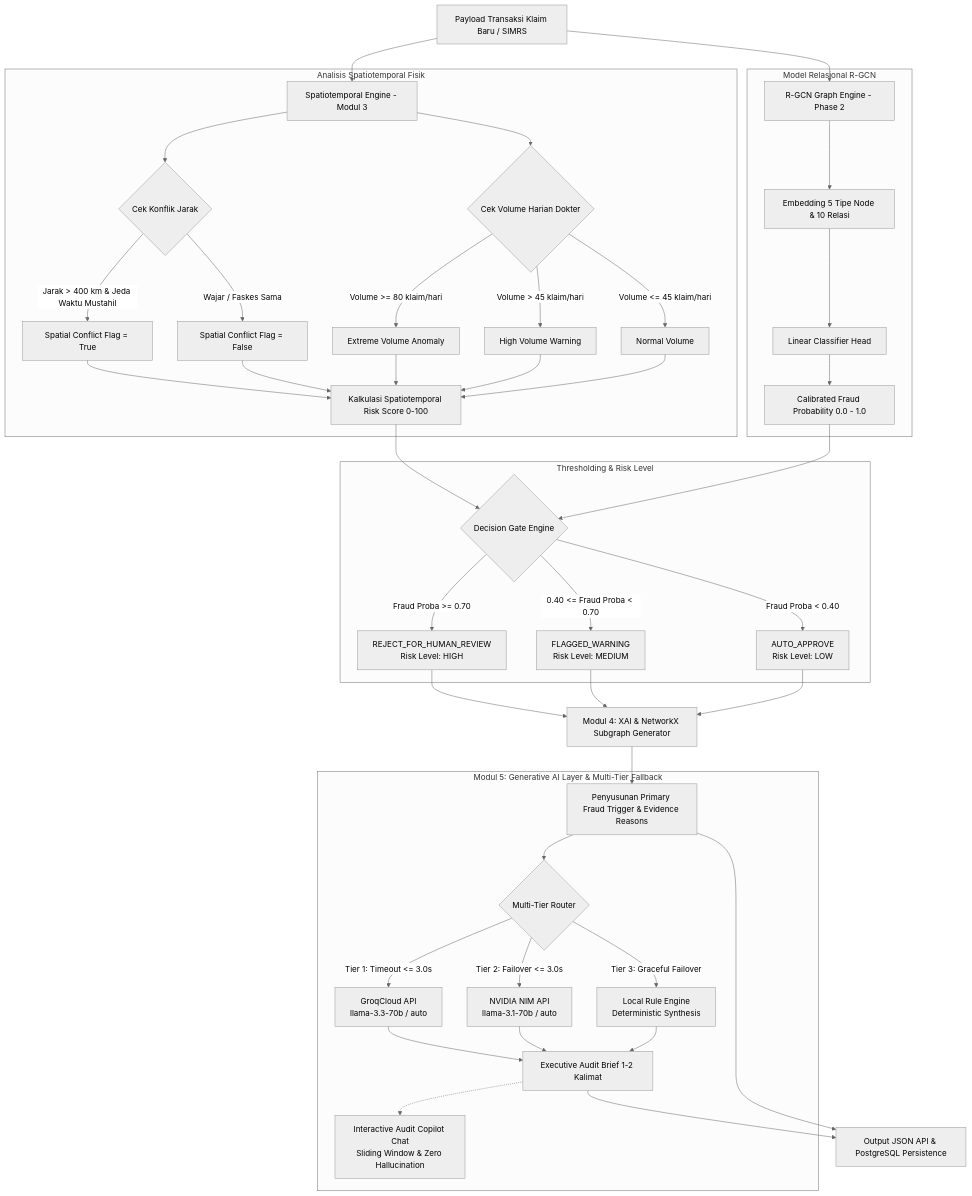
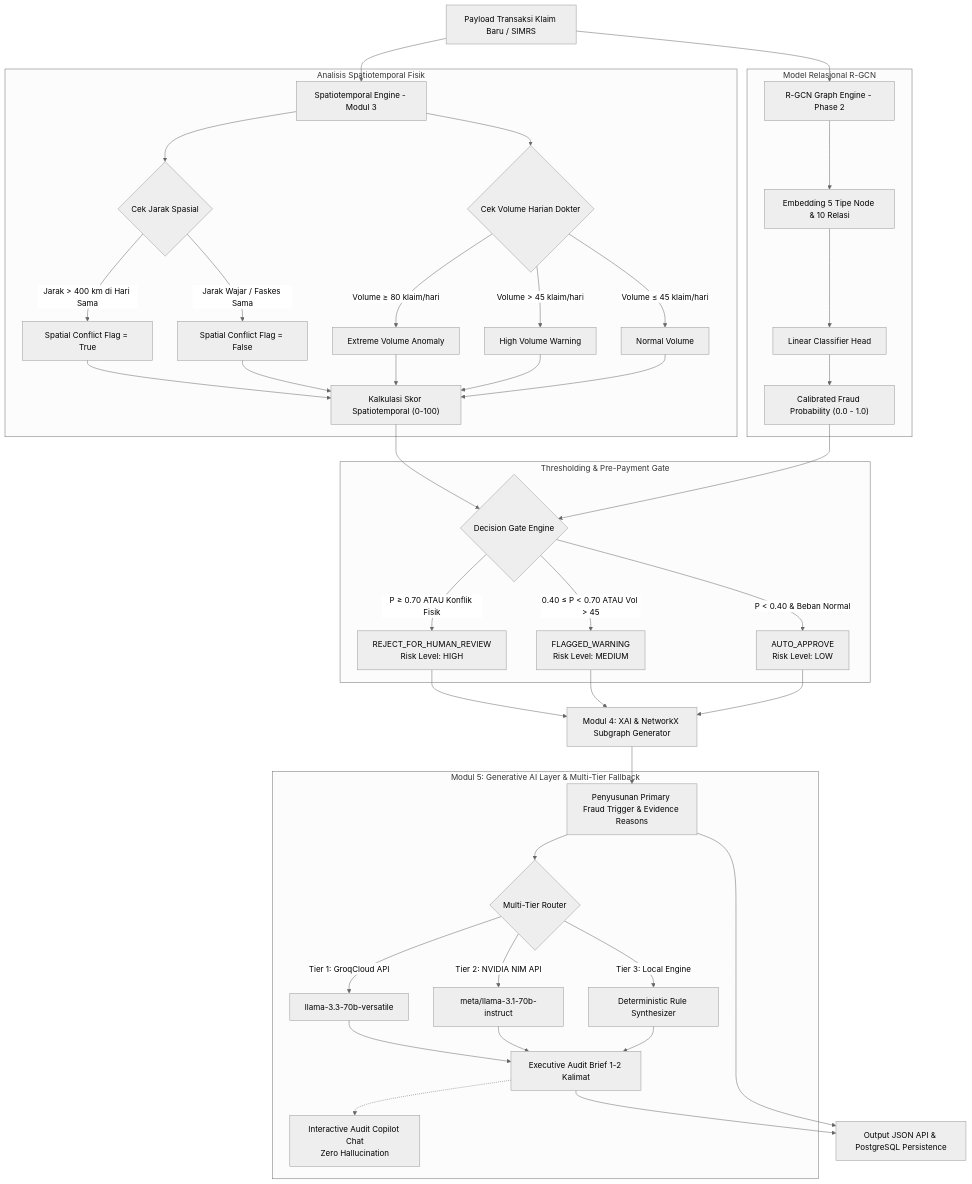
Before and after one commit to faiz-jihad/Healthkathon-BPJS-KESEHATAN: the first of 2 diagrams in docs/DECISION_LOGIC_AND_CLASSIFICATION_RULES.md, drawn with Mermaid (neutral theme). The commit also changed other lines of this file and 23 other files, not shown here.

````diff
--- a/docs/DECISION_LOGIC_AND_CLASSIFICATION_RULES.md
+++ b/docs/DECISION_LOGIC_AND_CLASSIFICATION_RULES.md
@@ -21,50 +44,57 @@
 ```mermaid
 flowchart TD
-    A[Payload Transaksi Klaim Baru / SIMRS] --> B[Spatiotemporal Engine - Modul 3]
-    A --> C[R-GCN Graph Engine - Phase 2]
+    A["Payload Transaksi Klaim Baru / SIMRS"] --> B["Spatiotemporal Engine - Modul 3"]
+    A --> C["R-GCN Graph Engine - Phase 2"]
     
-    subgraph Modul_3 [Analisis Spatiotemporal Fisik]
-        B --> B1{Cek Konflik Jarak}
-        B1 -->|Jarak > 400 km & Jeda Waktu Mustahil| S1[Spatial Conflict Flag = True]
-        B1 -->|Wajar / Faskes Sama| S2[Spatial Conflict Flag = False]
+    subgraph Modul_3 ["Analisis Spatiotemporal Fisik"]
+        B --> B1{"Cek Jarak Spasial"}
+        B1 -->|"Jarak &gt; 400 km di Hari Sama"| S1["Spatial Conflict Flag = True"]
+        B1 -->|"Jarak Wajar / Faskes Sama"| S2["Spatial Conflict Flag = False"]
         
-        B --> B2{Cek Volume Harian Dokter}
-        B2 -->|Volume >= 80 klaim/hari| V1[Extreme Volume Anomaly]
-        B2 -->|Volume > 45 klaim/hari| V2[High Volume Warning]
-        B2 -->|Volume <= 45 klaim/hari| V3[Normal Volume]
+        B --> B2{"Cek Volume Harian Dokter"}
+        B2 -->|"Volume &ge; 80 klaim/hari"| V1["Extreme Volume Anomaly"]
+        B2 -->|"Volume &gt; 45 klaim/hari"| V2["High Volume Warning"]
+        B2 -->|"Volume &le; 45 klaim/hari"| V3["Normal Volume"]
         
-        S1 & S2 & V1 & V2 & V3 --> B3[Kalkulasi Spatiotemporal Risk Score 0-100]
+        S1 --> B3["Kalkulasi Skor Spatiotemporal (0-100)"]
+        S2 --> B3
+        V1 --> B3
+        V2 --> B3
+        V3 --> B3
     end
 
-    subgraph Phase_2 [Model Relasional R-GCN]
-        C --> C1[Embedding 5 Tipe Node & 10 Relasi]
-        C1 --> C2[Linear Classifier Head]
-        C2 --> C3[Calibrated Fraud Probability 0.0 - 1.0]
+    subgraph Phase_2 ["Model Relasional R-GCN"]
+        C --> C1["Embedding 5 Tipe Node & 10 Relasi"]
+        C1 --> C2["Linear Classifier Head"]
+        C2 --> C3["Calibrated Fraud Probability (0.0 - 1.0)"]
     end
 
-    B3 --> D{Decision Gate Engine}
+    B3 --> D{"Decision Gate Engine"}
     C3 --> D
 
-    subgraph Decision_Gate [Thresholding & Risk Level]
-        D -->|Fraud Proba >= 0.70| GateHigh[REJECT_FOR_HUMAN_REVIEW<br/>Risk Level: HIGH]
-        D -->|0.40 <= Fraud Proba < 0.70| GateMed[FLAGGED_WARNING<br/>Risk Level: MEDIUM]
-        D -->|Fraud Proba < 0.40| GateLow[AUTO_APPROVE<br/>Risk Level: LOW]
+    subgraph Decision_Gate ["Thresholding & Pre-Payment Gate"]
+        D -->|"P &ge; 0.70 ATAU Konflik Fisik"| GateHigh["REJECT_FOR_HUMAN_REVIEW<br/>Risk Level: HIGH"]
+        D -->|"0.40 &le; P &lt; 0.70 ATAU Vol &gt; 45"| GateMed["FLAGGED_WARNING<br/>Risk Level: MEDIUM"]
+        D -->|"P &lt; 0.40 & Beban Normal"| GateLow["AUTO_APPROVE<br/>Risk Level: LOW"]
     end
 
-    GateHigh --> E[Modul 4: XAI & NetworkX Subgraph Generator]
+    GateHigh --> E["Modul 4: XAI & NetworkX Subgraph Generator"]
     GateMed --> E
     GateLow --> E
 
-    E --> F[Penyusunan Primary Fraud Trigger & Evidence Reasons]
+    E --> F["Penyusunan Primary Fraud Trigger & Evidence Reasons"]
     
-    subgraph Modul_5 [Modul 5: Generative AI Layer & Multi-Tier Fallback]
-        F --> G1{Multi-Tier Router}
-        G1 -->|Tier 1: Timeout <= 3.0s| LLM1[GroqCloud API<br/>llama-3.3-70b / auto]
-        G1 -->|Tier 2: Failover <= 3.0s| LLM2[NVIDIA NIM API<br/>llama-3.1-70b / auto]
-        G1 -->|Tier 3: Graceful Failover| LLM3[Local Rule Engine<br/>Deterministic Synthesis]
-        LLM1 & LLM2 & LLM3 --> G2[Executive Audit Brief 1-2 Kalimat]
-        G2 -.-> G3[Interactive Audit Copilot Chat<br/>Sliding Window & Zero Hallucination]
+    subgraph Modul_5 ["Modul 5: Generative AI Layer & Multi-Tier Fallback"]
+        F --> G1{"Multi-Tier Router"}
+        G1 -->|"Tier 1: GroqCloud API"| LLM1["llama-3.3-70b-versatile"]
+        G1 -->|"Tier 2: NVIDIA NIM API"| LLM2["meta/llama-3.1-70b-instruct"]
+        G1 -->|"Tier 3: Local Engine"| LLM3["Deterministic Rule Synthesizer"]
+        LLM1 --> G2["Executive Audit Brief 1-2 Kalimat"]
+        LLM2 --> G2
+        LLM3 --> G2
+        G2 -.-> G3["Interactive Audit Copilot Chat<br/>Zero Hallucination"]
     end
 
-    F & G2 --> H[Output JSON API & PostgreSQL Persistence]
+    F --> H["Output JSON API & PostgreSQL Persistence"]
+    G2 --> H
 ```
````
